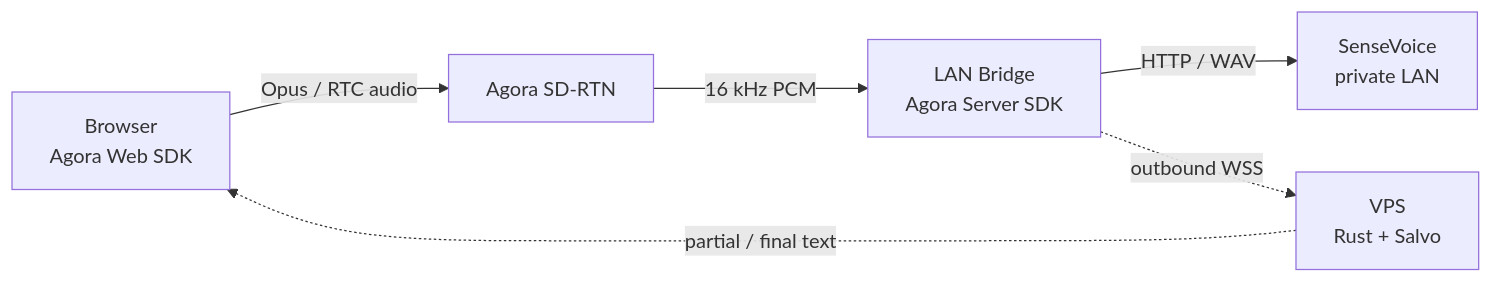
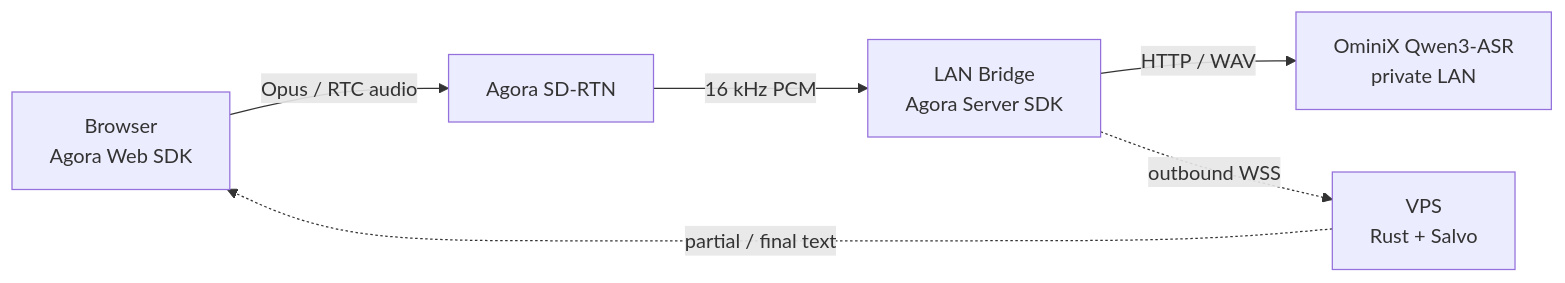
One commit to alan0x/agora-sensevoice-demo changed the diagram in README.md. Above: the diagram before and after it, drawn with Mermaid. The commit also changed other lines of this file and 13 other files, not shown here.

Commit message:
Switch the private ASR backend to OminiX

````diff
--- a/README.md
+++ b/README.md
@@ -7,8 +7,8 @@
 ```mermaid
 flowchart LR
     B[Browser\nAgora Web SDK] -->|Opus / RTC audio| A[Agora SD-RTN]
     A -->|16 kHz PCM| G[LAN Bridge\nAgora Server SDK]
-    G -->|HTTP / WAV| S[SenseVoice\nprivate LAN]
+    G -->|HTTP / WAV| S[OminiX Qwen3-ASR\nprivate LAN]
     G -. outbound WSS .-> V[VPS\nRust + Salvo]
     V -. partial / final text .-> B
 ```
````
